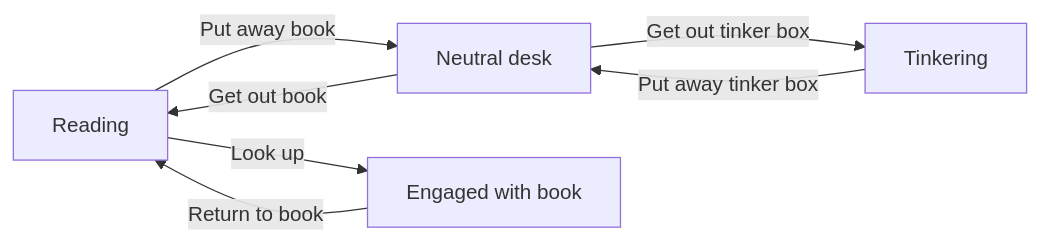
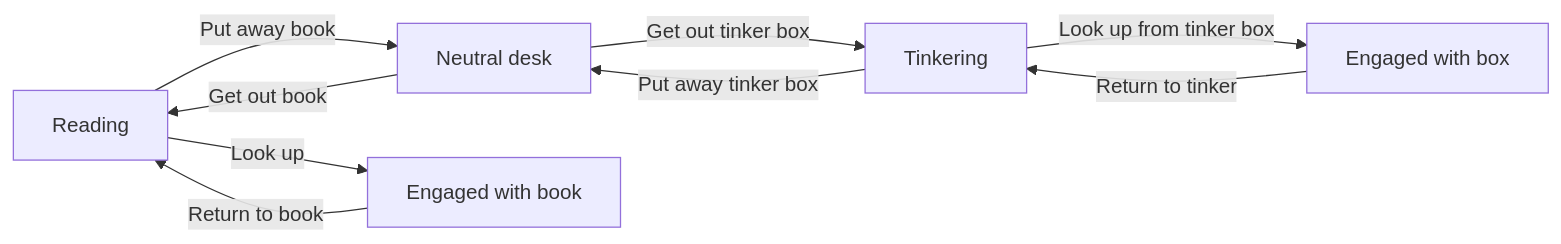
Before and after one commit to Jonahblack/HPPort: the diagram in docs/wilhelm_animation_implementation_plan.md, drawn with Mermaid. The commit also changed other lines of this file and 14 other files, not shown here.

Commit message:
Enable tinkering activity, add tinker look-up/return clips, and expand animation hotkeys

````diff
--- a/docs/wilhelm_animation_implementation_plan.md
+++ b/docs/wilhelm_animation_implementation_plan.md
@@ -139,9 +142,11 @@
 ```mermaid
 flowchart LR
     R[Reading] -->|Put away book| N[Neutral desk]
     N -->|Get out book| R
     N -->|Get out tinker box| T[Tinkering]
     T -->|Put away tinker box| N
     R -->|Look up| E[Engaged with book]
     E -->|Return to book| R
+    T -->|Look up from tinker box| ET[Engaged with box]
+    ET -->|Return to tinker| T
 ```
````
